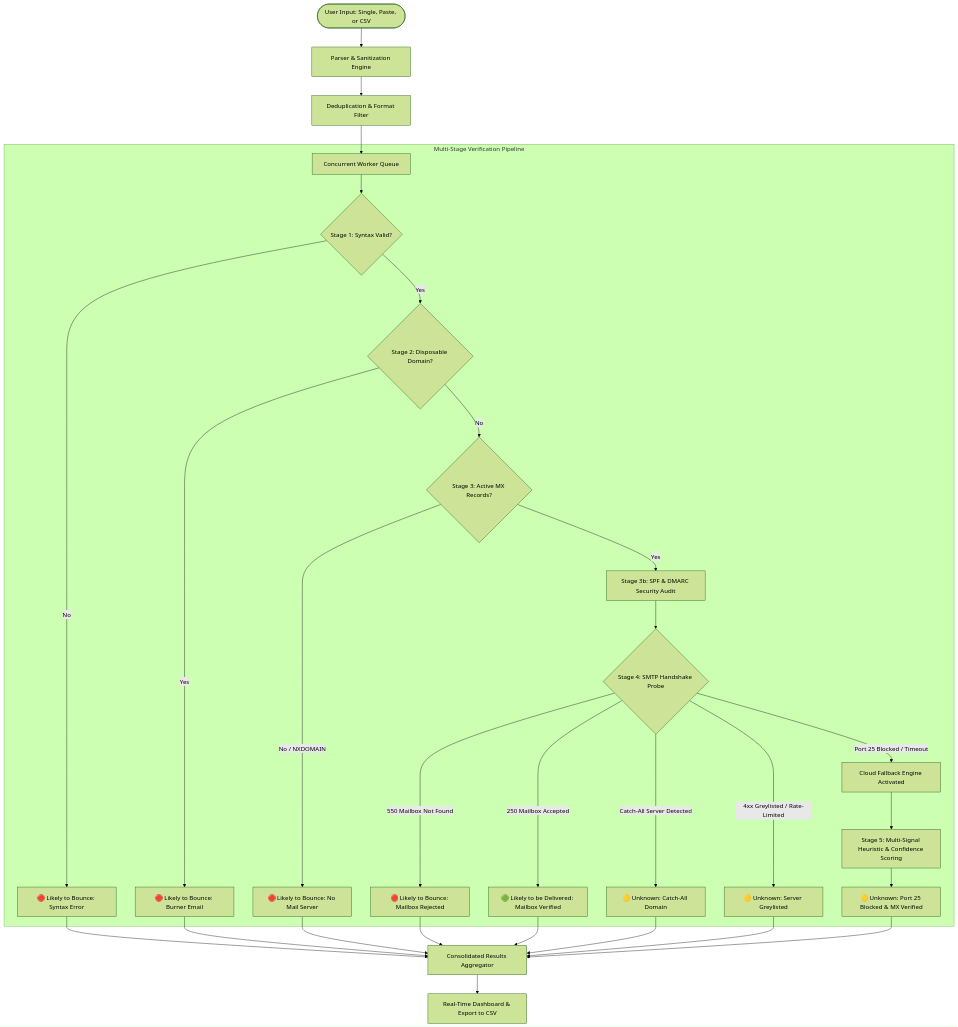
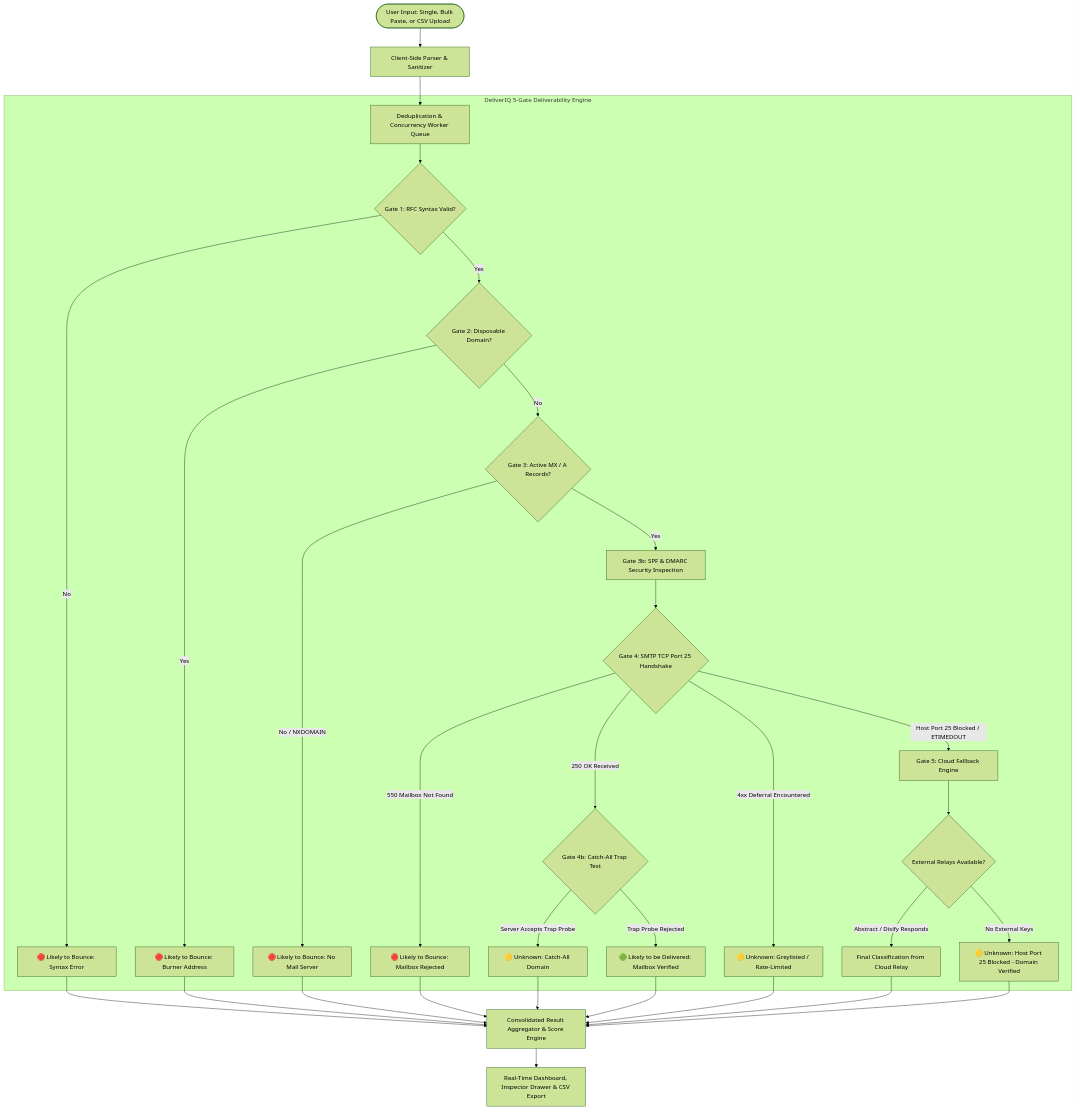
The diagram in README.md (Manoj-Sanagapalli20/DeliverIQ), drawn with Mermaid (forest theme) before and after one commit. The commit also changed other lines of this file, not shown here.

````diff
--- a/README.md
+++ b/README.md
@@ -75,32 +117,33 @@
 ```mermaid
 flowchart TD
-    A([User Input: Single, Paste, or CSV]) --> B[Parser & Sanitization Engine]
-    B --> C[Deduplication & Format Filter]
-    C --> D[Concurrent Worker Queue]
+    A([User Input: Single, Bulk Paste, or CSV Upload]) --> B[Client-Side Parser & Sanitizer]
+    B --> C[Deduplication & Concurrency Worker Queue]
     
-    subgraph Pipeline [Multi-Stage Verification Pipeline]
-        D --> S1{Stage 1: Syntax Valid?}
-        S1 -- No --> F1[🔴 Likely to Bounce: Syntax Error]
-        S1 -- Yes --> S2{Stage 2: Disposable Domain?}
+    subgraph MultiGate [DeliverIQ 5-Gate Deliverability Engine]
+        C --> G1{Gate 1: RFC Syntax Valid?}
+        G1 -- No --> F1[🔴 Likely to Bounce: Syntax Error]
+        G1 -- Yes --> G2{Gate 2: Disposable Domain?}
         
-        S2 -- Yes --> F2[🔴 Likely to Bounce: Burner Email]
-        S2 -- No --> S3{Stage 3: Active MX Records?}
+        G2 -- Yes --> F2[🔴 Likely to Bounce: Burner Address]
+        G2 -- No --> G3{Gate 3: Active MX / A Records?}
         
-        S3 -- No / NXDOMAIN --> F3[🔴 Likely to Bounce: No Mail Server]
-        S3 -- Yes --> S3B[Stage 3b: SPF & DMARC Security Audit]
+        G3 -- No / NXDOMAIN --> F3[🔴 Likely to Bounce: No Mail Server]
+        G3 -- Yes --> G3B[Gate 3b: SPF & DMARC Security Inspection]
         
-        S3B --> S4{Stage 4: SMTP Handshake Probe}
+        G3B --> G4{Gate 4: SMTP TCP Port 25 Handshake}
         
-        S4 -- Port 25 Blocked / Timeout --> E1[Cloud Fallback Engine Activated]
-        S4 -- 550 Mailbox Not Found --> F4[🔴 Likely to Bounce: Mailbox Rejected]
-        S4 -- Catch-All Server Detected --> U1[🟡 Unknown: Catch-All Domain]
-        S4 -- 4xx Greylisted / Rate-Limited --> U2[🟡 Unknown: Server Greylisted]
-        S4 -- 250 Mailbox Accepted --> D1[🟢 Likely to be Delivered: Mailbox Verified]
+        G4 -- 550 Mailbox Not Found --> F4[🔴 Likely to Bounce: Mailbox Rejected]
+        G4 -- 250 OK Received --> G4B{Gate 4b: Catch-All Trap Test}
+        G4B -- Server Accepts Trap Probe --> U1[🟡 Unknown: Catch-All Domain]
+        G4B -- Trap Probe Rejected --> D1[🟢 Likely to be Delivered: Mailbox Verified]
+        G4 -- 4xx Deferral Encountered --> U2[🟡 Unknown: Greylisted / Rate-Limited]
         
-        E1 --> S5[Stage 5: Multi-Signal Heuristic & Confidence Scoring]
-        S5 --> U3[🟡 Unknown: Port 25 Blocked & MX Verified]
+        G4 -- Host Port 25 Blocked / ETIMEDOUT --> G5[Gate 5: Cloud Fallback Engine]
+        G5 --> R1{External Relays Available?}
+        R1 -- Abstract / Disify Responds --> D2[Final Classification from Cloud Relay]
+        R1 -- No External Keys --> U3[🟡 Unknown: Host Port 25 Blocked - Domain Verified]
     end
     
-    F1 & F2 & F3 & F4 & D1 & U1 & U2 & U3 --> RES[Consolidated Results Aggregator]
-    RES --> UI[Real-Time Dashboard & Export to CSV]
+    F1 & F2 & F3 & F4 & D1 & D2 & U1 & U2 & U3 --> RES[Consolidated Result Aggregator & Score Engine]
+    RES --> UI[Real-Time Dashboard, Inspector Drawer & CSV Export]
 ```
````
